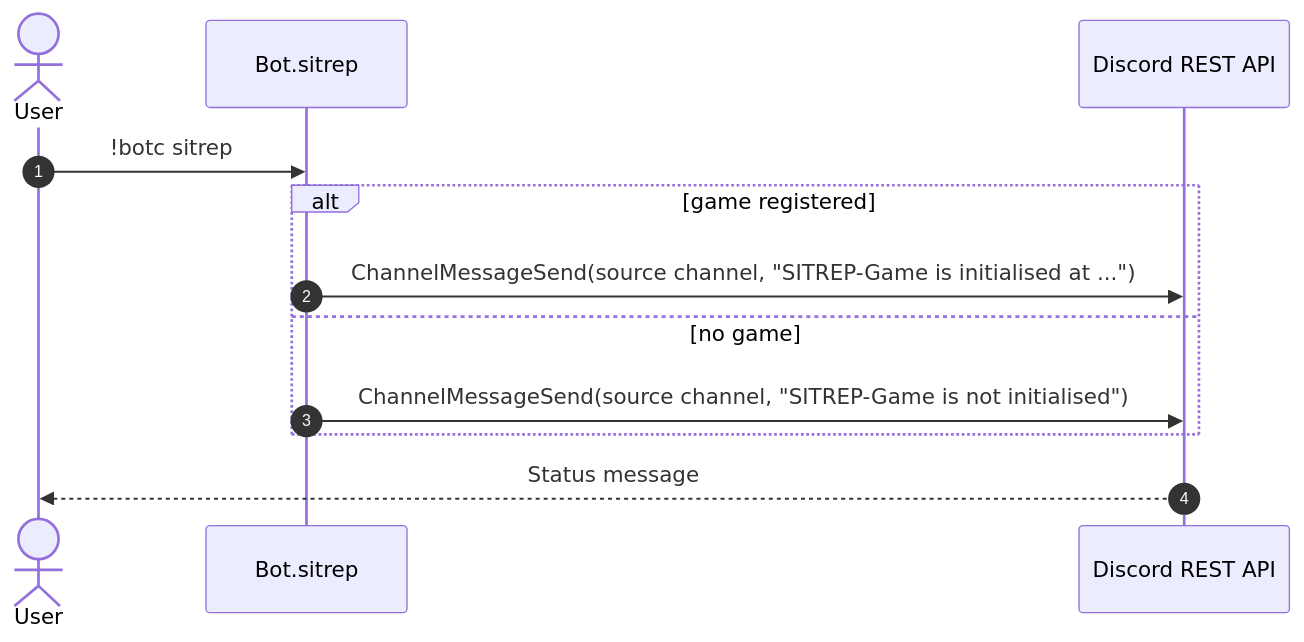
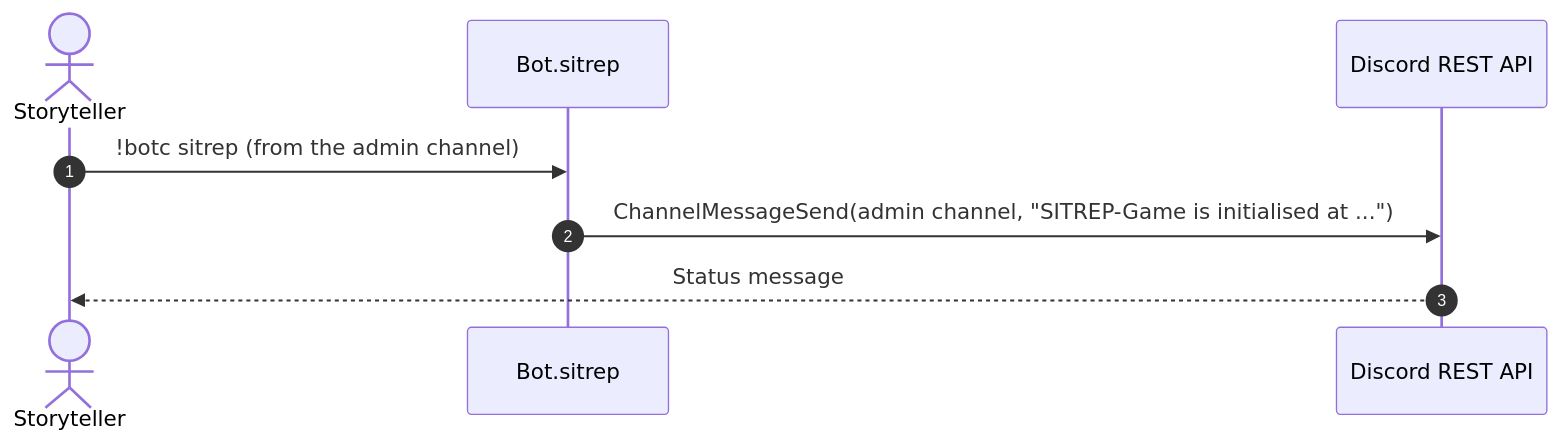
Before and after one commit to RAGNOARAKNOS/BotOnTheClocktower: the sixth of 6 diagrams in docs/uml/game-lifecycle.md, drawn with Mermaid. The commit also changed other lines of this file and 18 other files, not shown here.

````diff
--- a/docs/uml/game-lifecycle.md
+++ b/docs/uml/game-lifecycle.md
@@ -159,15 +149,11 @@
 ```mermaid
 sequenceDiagram
     autonumber
-    actor User
+    actor ST as Storyteller
     participant Bot as Bot.sitrep
     participant REST as Discord REST API
 
-    User->>Bot: !botc sitrep
-    alt game registered
-        Bot->>REST: ChannelMessageSend(source channel, "SITREP-Game is initialised at ...")
-    else no game
-        Bot->>REST: ChannelMessageSend(source channel, "SITREP-Game is not initialised")
-    end
-    REST-->>User: Status message
+    ST->>Bot: !botc sitrep (from the admin channel)
+    Bot->>REST: ChannelMessageSend(admin channel, "SITREP-Game is initialised at ...")
+    REST-->>ST: Status message
 ```
````
